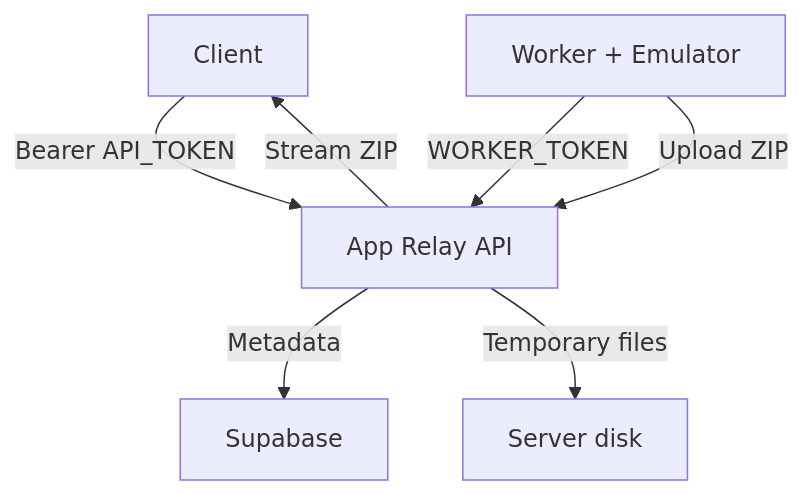
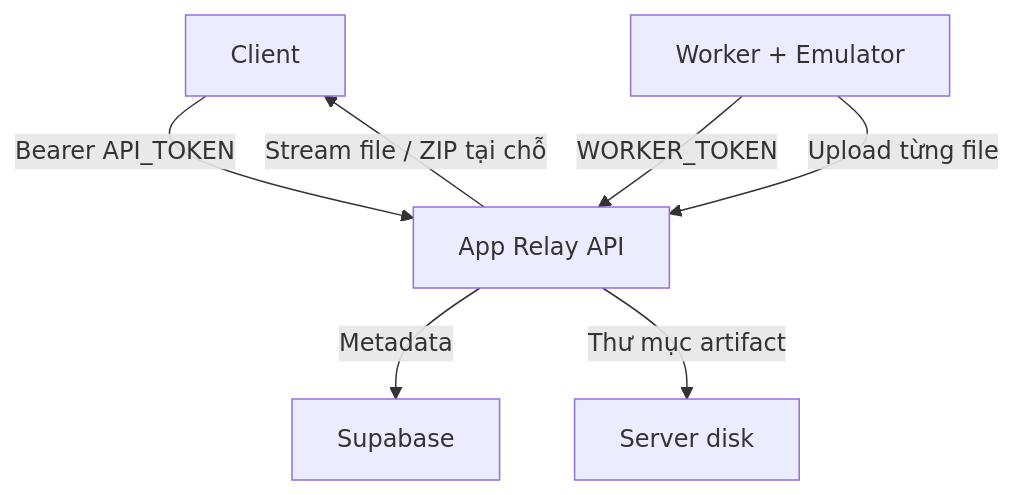
Before and after one commit to daclong120-del/app-relay: the diagram in new_setup/setup_supbase.md, drawn with Mermaid. The commit also changed other lines of this file and 21 other files, not shown here.

````diff
--- a/new_setup/setup_supbase.md
+++ b/new_setup/setup_supbase.md
@@ -43,9 +43,9 @@
 ```mermaid
 flowchart TD
     C["Client"] -->|"Bearer API_TOKEN"| A["App Relay API"]
     A -->|"Metadata"| S["Supabase"]
     W["Worker + Emulator"] -->|"WORKER_TOKEN"| A
-    W -->|"Upload ZIP"| A
-    A -->|"Stream ZIP"| C
-    A -->|"Temporary files"| D["Server disk"]
+    W -->|"Upload từng file"| A
+    A -->|"Stream file / ZIP tại chỗ"| C
+    A -->|"Thư mục artifact"| D["Server disk"]
 ```
````
